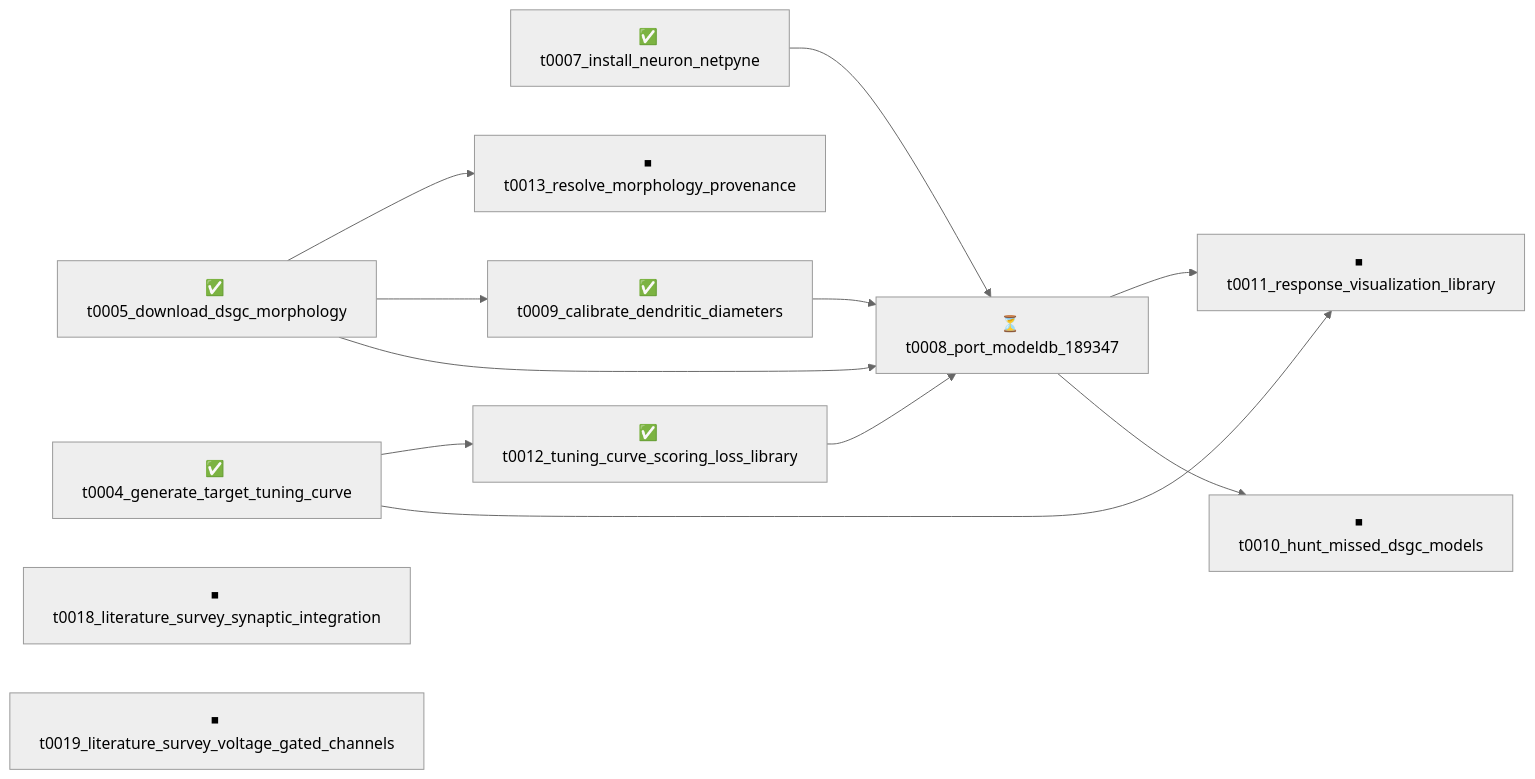
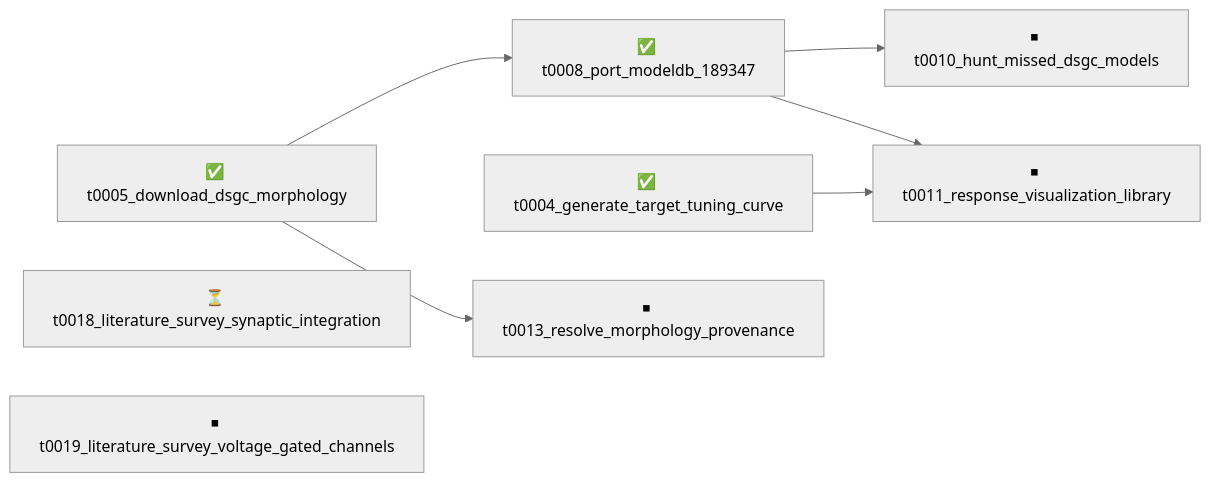
One commit to tonza17/neuron-channels changed the diagram in overview/tasks/README.md. Above: the diagram before and after it, drawn with Mermaid (neutral theme). The commit also changed other lines of this file and 50 other files, not shown here.

Commit message:
overview: refresh after t0008_port_modeldb_189347 merge

````diff
--- a/overview/tasks/README.md
+++ b/overview/tasks/README.md
@@ -13,25 +13,17 @@
 ```mermaid
 graph LR
     t0004_generate_target_tuning_curve["✅ t0004_generate_target_tuning_curve"]
     t0005_download_dsgc_morphology["✅ t0005_download_dsgc_morphology"]
-    t0007_install_neuron_netpyne["✅ t0007_install_neuron_netpyne"]
-    t0008_port_modeldb_189347["⏳ t0008_port_modeldb_189347"]
-    t0009_calibrate_dendritic_diameters["✅ t0009_calibrate_dendritic_diameters"]
+    t0008_port_modeldb_189347["✅ t0008_port_modeldb_189347"]
     t0010_hunt_missed_dsgc_models["⏹ t0010_hunt_missed_dsgc_models"]
     t0011_response_visualization_library["⏹ t0011_response_visualization_library"]
-    t0012_tuning_curve_scoring_loss_library["✅ t0012_tuning_curve_scoring_loss_library"]
     t0013_resolve_morphology_provenance["⏹ t0013_resolve_morphology_provenance"]
-    t0018_literature_survey_synaptic_integration["⏹ t0018_literature_survey_synaptic_integration"]
+    t0018_literature_survey_synaptic_integration["⏳ t0018_literature_survey_synaptic_integration"]
     t0019_literature_survey_voltage_gated_channels["⏹ t0019_literature_survey_voltage_gated_channels"]
 
     t0005_download_dsgc_morphology --> t0008_port_modeldb_189347
-    t0007_install_neuron_netpyne --> t0008_port_modeldb_189347
-    t0009_calibrate_dendritic_diameters --> t0008_port_modeldb_189347
-    t0012_tuning_curve_scoring_loss_library --> t0008_port_modeldb_189347
-    t0005_download_dsgc_morphology --> t0009_calibrate_dendritic_diameters
     t0008_port_modeldb_189347 --> t0010_hunt_missed_dsgc_models
     t0004_generate_target_tuning_curve --> t0011_response_visualization_library
     t0008_port_modeldb_189347 --> t0011_response_visualization_library
-    t0004_generate_target_tuning_curve --> t0012_tuning_curve_scoring_loss_library
     t0005_download_dsgc_morphology --> t0013_resolve_morphology_provenance
 ```
````
